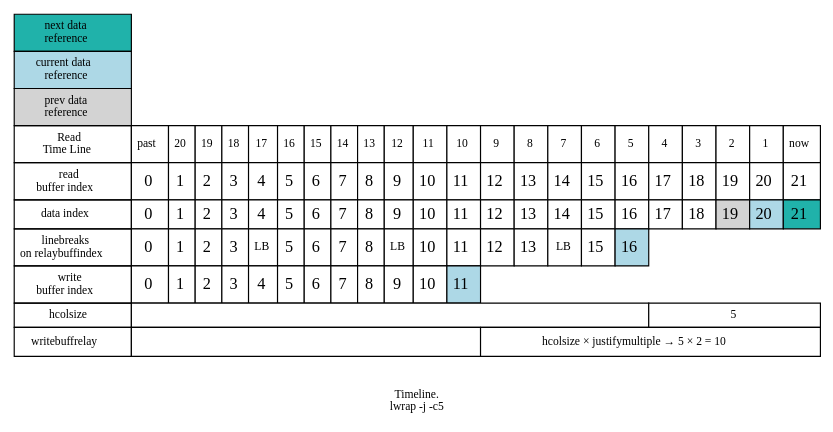
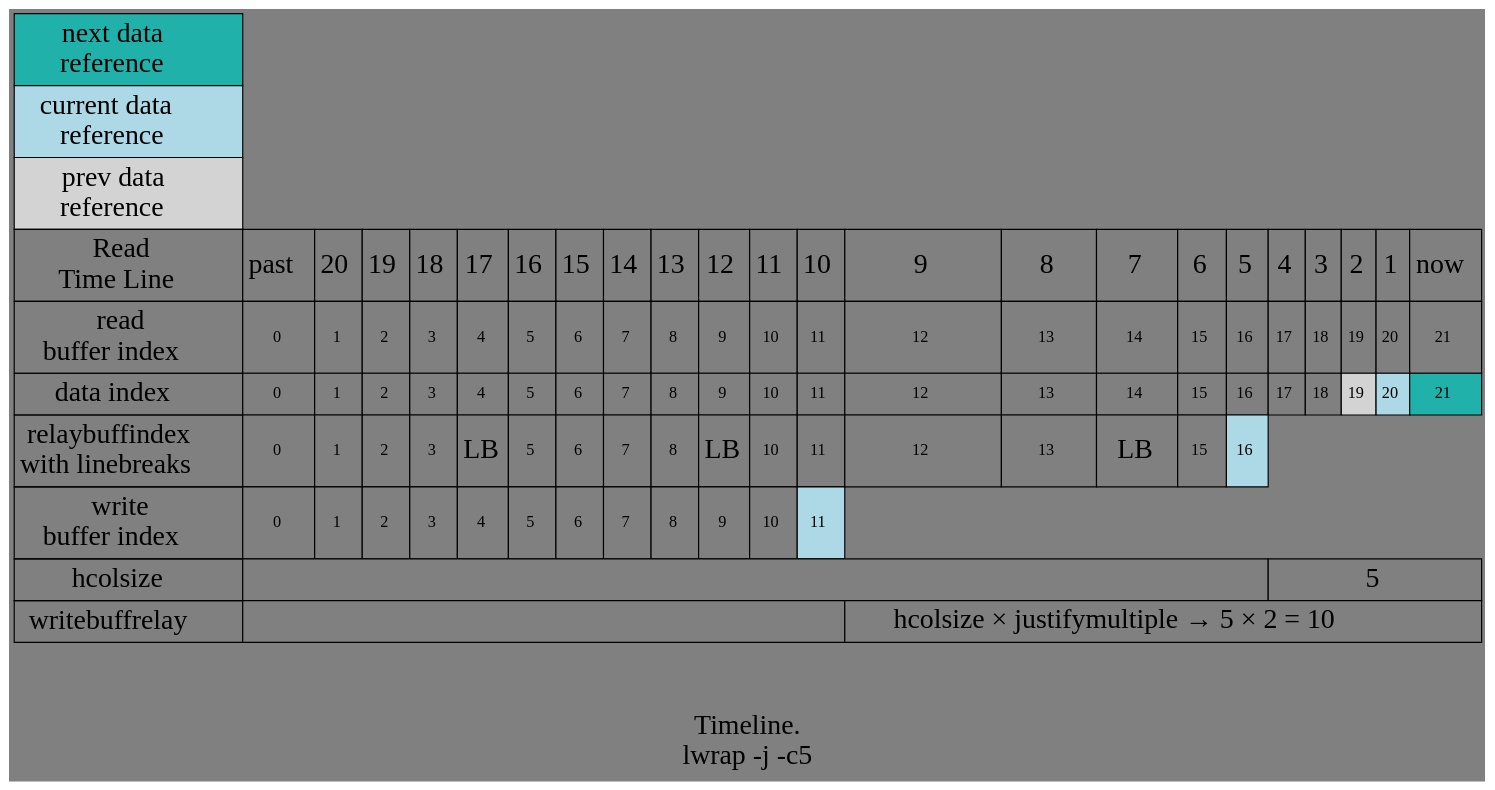
The diagram in src/timeline.gv (netcrop/lwrap), drawn with Graphviz before and after one commit. The commit also changed 9 other files, not shown here.

```diff
--- a/src/timeline.gv
+++ b/src/timeline.gv
@@ -1,142 +1,143 @@
 digraph ports {
 	ranksep=1; size="40,40";
+    bgcolor=gray
   { rank=same; n0}
 	splines=polyline;
 	n0 [shape=none,margin=0,label=<
 	<TABLE BORDER="0" CELLBORDER="1"
 	 CELLSPACING="0" CELLPADDING="4">
   <TR>
-    <TD PORT="0.1" BGCOLOR="lightseagreen" COLSPAN="1"><FONT POINT-SIZE="10">next data<br/>reference</FONT></TD>
+    <TD PORT="0.1" BGCOLOR="lightseagreen" COLSPAN="1"><FONT POINT-SIZE="24">next data<br/>reference</FONT></TD>
   </TR>
   <TR>
-    <TD PORT="0.1" BGCOLOR="lightblue" COLSPAN="1"><FONT POINT-SIZE="10">current data<br/>reference</FONT></TD>
+    <TD PORT="0.1" BGCOLOR="lightblue" COLSPAN="1"><FONT POINT-SIZE="24">current data<br/>reference</FONT></TD>
   </TR>
   <TR>
-    <TD PORT="0.1" BGCOLOR="lightgrey" COLSPAN="1"><FONT POINT-SIZE="10">prev data<br/>reference</FONT></TD>
+    <TD PORT="0.1" BGCOLOR="lightgrey" COLSPAN="1"><FONT POINT-SIZE="24">prev data<br/>reference</FONT></TD>
   </TR>
 	<TR>
-			<TD><FONT POINT-SIZE="10" COLOR="black">Read<br/>Time Line</FONT></TD>
-			<TD PORT="0.1" BGCOLOR="white"><FONT POINT-SIZE="10">past</FONT></TD>
-			<TD PORT="1.1" BGCOLOR="white"><FONT POINT-SIZE="10">20</FONT></TD>
-			<TD PORT="2.1" BGCOLOR="white"><FONT POINT-SIZE="10">19</FONT></TD>
-			<TD PORT="3.1" BGCOLOR="white"><FONT POINT-SIZE="10">18</FONT></TD>
-			<TD PORT="4.1" BGCOLOR="white"><FONT POINT-SIZE="10">17</FONT></TD>
-			<TD PORT="5.1" BGCOLOR="white"><FONT POINT-SIZE="10">16</FONT></TD>
-			<TD PORT="6.1" BGCOLOR="white"><FONT POINT-SIZE="10">15</FONT></TD>
-		  <TD PORT="7.1" BGCOLOR="white"><FONT POINT-SIZE="10">14</FONT></TD>
-			<TD PORT="8.1" BGCOLOR="white"><FONT POINT-SIZE="10">13</FONT></TD>
-			<TD PORT="9.1" BGCOLOR="white"><FONT POINT-SIZE="10">12</FONT></TD>
-     	<TD PORT="10.1" BGCOLOR="white"><FONT POINT-SIZE="10">11</FONT></TD>
-		  <TD PORT="11.1" BGCOLOR="white"><FONT POINT-SIZE="10">10</FONT></TD>
-			<TD PORT="12.1" BGCOLOR="white"><FONT POINT-SIZE="10">9</FONT></TD>
-			<TD PORT="13.1" BGCOLOR="white"><FONT POINT-SIZE="10">8</FONT></TD>
-    	<TD PORT="14.1" BGCOLOR="white"><FONT POINT-SIZE="10">7</FONT></TD>
-			<TD PORT="15.1" BGCOLOR="white"><FONT POINT-SIZE="10">6</FONT></TD>
-      <TD PORT="16.1" BGCOLOR="white"><FONT POINT-SIZE="10">5</FONT></TD>
-    	<TD PORT="17.1" BGCOLOR="white"><FONT POINT-SIZE="10">4</FONT></TD>
-			<TD PORT="18.1" BGCOLOR="white"><FONT POINT-SIZE="10">3</FONT></TD>
-      <TD PORT="19.1" BGCOLOR="white"><FONT POINT-SIZE="10">2</FONT></TD>
-    	<TD PORT="20.1" BGCOLOR="white"><FONT POINT-SIZE="10">1</FONT></TD>
-      <TD PORT="21.1" BGCOLOR="white"><FONT POINT-SIZE="10">now</FONT></TD>
+			<TD><FONT POINT-SIZE="24" COLOR="black">Read<br/>Time Line</FONT></TD>
+			<TD PORT="0.1" BGCOLOR="gray"><FONT POINT-SIZE="24">past</FONT></TD>
+			<TD PORT="1.1" BGCOLOR="gray"><FONT POINT-SIZE="24">20</FONT></TD>
+			<TD PORT="2.1" BGCOLOR="gray"><FONT POINT-SIZE="24">19</FONT></TD>
+			<TD PORT="3.1" BGCOLOR="gray"><FONT POINT-SIZE="24">18</FONT></TD>
+			<TD PORT="4.1" BGCOLOR="gray"><FONT POINT-SIZE="24">17</FONT></TD>
+			<TD PORT="5.1" BGCOLOR="gray"><FONT POINT-SIZE="24">16</FONT></TD>
+			<TD PORT="6.1" BGCOLOR="gray"><FONT POINT-SIZE="24">15</FONT></TD>
+		  <TD PORT="7.1" BGCOLOR="gray"><FONT POINT-SIZE="24">14</FONT></TD>
+			<TD PORT="8.1" BGCOLOR="gray"><FONT POINT-SIZE="24">13</FONT></TD>
+			<TD PORT="9.1" BGCOLOR="gray"><FONT POINT-SIZE="24">12</FONT></TD>
+     	<TD PORT="10.1" BGCOLOR="gray"><FONT POINT-SIZE="24">11</FONT></TD>
+		  <TD PORT="11.1" BGCOLOR="gray"><FONT POINT-SIZE="24">10</FONT></TD>
+			<TD PORT="12.1" BGCOLOR="gray"><FONT POINT-SIZE="24">9</FONT></TD>
+			<TD PORT="13.1" BGCOLOR="gray"><FONT POINT-SIZE="24">8</FONT></TD>
+    	<TD PORT="14.1" BGCOLOR="gray"><FONT POINT-SIZE="24">7</FONT></TD>
+			<TD PORT="15.1" BGCOLOR="gray"><FONT POINT-SIZE="24">6</FONT></TD>
+      <TD PORT="16.1" BGCOLOR="gray"><FONT POINT-SIZE="24">5</FONT></TD>
+    	<TD PORT="17.1" BGCOLOR="gray"><FONT POINT-SIZE="24">4</FONT></TD>
+			<TD PORT="18.1" BGCOLOR="gray"><FONT POINT-SIZE="24">3</FONT></TD>
+      <TD PORT="19.1" BGCOLOR="gray"><FONT POINT-SIZE="24">2</FONT></TD>
+    	<TD PORT="20.1" BGCOLOR="gray"><FONT POINT-SIZE="24">1</FONT></TD>
+      <TD PORT="21.1" BGCOLOR="gray"><FONT POINT-SIZE="24">now</FONT></TD>
 		</TR>
     <TR>
-			<TD><FONT POINT-SIZE="10" COLOR="black">read<br/>buffer index</FONT></TD>
-			<TD PORT="0.1" BGCOLOR="white">0</TD>
-			<TD PORT="1.1" BGCOLOR="white">1</TD>
-			<TD PORT="2.1" BGCOLOR="white">2</TD>
-			<TD PORT="3.1" BGCOLOR="white">3</TD>
-			<TD PORT="4.1" BGCOLOR="white">4</TD>
-			<TD PORT="5.1" BGCOLOR="white">5</TD>
-			<TD PORT="6.1" BGCOLOR="white">6</TD>
-		  <TD PORT="7.1" BGCOLOR="white">7</TD>
-			<TD PORT="8.1" BGCOLOR="white">8</TD>
-			<TD PORT="9.1" BGCOLOR="white">9</TD>
-     	<TD PORT="10.1" BGCOLOR="white">10</TD>
-		  <TD PORT="11.1" BGCOLOR="white">11</TD>
-			<TD PORT="12.1" BGCOLOR="white">12</TD>
-			<TD PORT="13.1" BGCOLOR="white">13</TD>
-    	<TD PORT="14.1" BGCOLOR="white">14</TD>
-			<TD PORT="15.1" BGCOLOR="white">15</TD>
-      <TD PORT="16.1" BGCOLOR="white">16</TD>
-    	<TD PORT="17.1" BGCOLOR="white">17</TD>
-			<TD PORT="18.1" BGCOLOR="white">18</TD>
-      <TD PORT="19.1" BGCOLOR="white">19</TD>
-    	<TD PORT="20.1" BGCOLOR="white">20</TD>
-      <TD PORT="21.1" BGCOLOR="white">21</TD>
+			<TD><FONT POINT-SIZE="24" COLOR="black">read<br/>buffer index</FONT></TD>
+			<TD PORT="0.1" BGCOLOR="gray">0</TD>
+			<TD PORT="1.1" BGCOLOR="gray">1</TD>
+			<TD PORT="2.1" BGCOLOR="gray">2</TD>
+			<TD PORT="3.1" BGCOLOR="gray">3</TD>
+			<TD PORT="4.1" BGCOLOR="gray">4</TD>
+			<TD PORT="5.1" BGCOLOR="gray">5</TD>
+			<TD PORT="6.1" BGCOLOR="gray">6</TD>
+		  <TD PORT="7.1" BGCOLOR="gray">7</TD>
+			<TD PORT="8.1" BGCOLOR="gray">8</TD>
+			<TD PORT="9.1" BGCOLOR="gray">9</TD>
+     	<TD PORT="10.1" BGCOLOR="gray">10</TD>
+		  <TD PORT="11.1" BGCOLOR="gray">11</TD>
+			<TD PORT="12.1" BGCOLOR="gray">12</TD>
+			<TD PORT="13.1" BGCOLOR="gray">13</TD>
+    	<TD PORT="14.1" BGCOLOR="gray">14</TD>
+			<TD PORT="15.1" BGCOLOR="gray">15</TD>
+      <TD PORT="16.1" BGCOLOR="gray">16</TD>
+    	<TD PORT="17.1" BGCOLOR="gray">17</TD>
+			<TD PORT="18.1" BGCOLOR="gray">18</TD>
+      <TD PORT="19.1" BGCOLOR="gray">19</TD>
+    	<TD PORT="20.1" BGCOLOR="gray">20</TD>
+      <TD PORT="21.1" BGCOLOR="gray">21</TD>
       </TR>
    <TR>
-			<TD><FONT POINT-SIZE="10" COLOR="black">data index</FONT></TD>
-			<TD PORT="0.1" BGCOLOR="white">0</TD>
-			<TD PORT="1.1" BGCOLOR="white">1</TD>
-			<TD PORT="2.1" BGCOLOR="white">2</TD>
-			<TD PORT="3.1" BGCOLOR="white">3</TD>
-			<TD PORT="4.1" BGCOLOR="white">4</TD>
-		  <TD PORT="5.1" BGCOLOR="white">5</TD>
-			<TD PORT="6.1" BGCOLOR="white">6</TD>
-			<TD PORT="7.1" BGCOLOR="white">7</TD>
-     	<TD PORT="8.1" BGCOLOR="white">8</TD>
-		  <TD PORT="9.1" BGCOLOR="white">9</TD>
-			<TD PORT="10.1" BGCOLOR="white">10</TD>
-			<TD PORT="11.1" BGCOLOR="white">11</TD>
-    	<TD PORT="12.1" BGCOLOR="white">12</TD>
-			<TD PORT="13.1" BGCOLOR="white">13</TD>
-      <TD PORT="14.1" BGCOLOR="white">14</TD>
-    	<TD PORT="15.1" BGCOLOR="white">15</TD>
-			<TD PORT="16.1" BGCOLOR="white">16</TD>
-      <TD PORT="17.1" BGCOLOR="white">17</TD>
-    	<TD PORT="18.1" BGCOLOR="white">18</TD>
+			<TD><FONT POINT-SIZE="24" COLOR="black">data index</FONT></TD>
+			<TD PORT="0.1" BGCOLOR="gray">0</TD>
+			<TD PORT="1.1" BGCOLOR="gray">1</TD>
+			<TD PORT="2.1" BGCOLOR="gray">2</TD>
+			<TD PORT="3.1" BGCOLOR="gray">3</TD>
+			<TD PORT="4.1" BGCOLOR="gray">4</TD>
+		  <TD PORT="5.1" BGCOLOR="gray">5</TD>
+			<TD PORT="6.1" BGCOLOR="gray">6</TD>
+			<TD PORT="7.1" BGCOLOR="gray">7</TD>
+     	<TD PORT="8.1" BGCOLOR="gray">8</TD>
+		  <TD PORT="9.1" BGCOLOR="gray">9</TD>
+			<TD PORT="10.1" BGCOLOR="gray">10</TD>
+			<TD PORT="11.1" BGCOLOR="gray">11</TD>
+    	<TD PORT="12.1" BGCOLOR="gray">12</TD>
+			<TD PORT="13.1" BGCOLOR="gray">13</TD>
+      <TD PORT="14.1" BGCOLOR="gray">14</TD>
+    	<TD PORT="15.1" BGCOLOR="gray">15</TD>
+			<TD PORT="16.1" BGCOLOR="gray">16</TD>
+      <TD PORT="17.1" BGCOLOR="gray">17</TD>
+    	<TD PORT="18.1" BGCOLOR="gray">18</TD>
       <TD PORT="19.1" BGCOLOR="lightgrey">19</TD>
       <TD PORT="20.1" BGCOLOR="lightblue">20</TD>
       <TD PORT="21.1" BGCOLOR="lightseagreen">21</TD>
 		</TR>
      <TR>
-			<TD><FONT POINT-SIZE="10" COLOR="black">linebreaks<br/>on relaybuffindex</FONT></TD>
-			<TD PORT="0.1" BGCOLOR="white">0</TD>
-			<TD PORT="1.1" BGCOLOR="white">1</TD>
-			<TD PORT="2.1" BGCOLOR="white">2</TD>
-			<TD PORT="3.1" BGCOLOR="white">3</TD>
-			<TD PORT="4.1" BGCOLOR="white"><font point-size="10">LB</font></TD>
-			<TD PORT="5.1" BGCOLOR="white">5</TD>
-			<TD port="6.1" bgcolor="white">6</TD>
-		  <TD port="7.1" bgcolor="white">7</TD>
-			<TD port="8.1" bgcolor="white">8</TD>
-			<TD port="9.1" bgcolor="white"><font point-size="10">LB</font></TD>
-     	<TD port="10.1" bgcolor="white">10</TD>
-		  <TD port="11.1" bgcolor="white">11</TD>
-			<TD port="12.1" bgcolor="white">12</TD>
-			<TD port="13.1" bgcolor="white">13</TD>
-    	<TD port="14.1" bgcolor="white"><font point-size="10">LB</font></TD>
-      <TD PORT="15.1" BGCOLOR="white">15</TD>
+			<TD><FONT POINT-SIZE="24" COLOR="black">relaybuffindex<br/>with linebreaks</FONT></TD>
+			<TD PORT="0.1" BGCOLOR="gray">0</TD>
+			<TD PORT="1.1" BGCOLOR="gray">1</TD>
+			<TD PORT="2.1" BGCOLOR="gray">2</TD>
+			<TD PORT="3.1" BGCOLOR="gray">3</TD>
+			<TD PORT="4.1" BGCOLOR="gray"><font point-size="24">LB</font></TD>
+			<TD PORT="5.1" BGCOLOR="gray">5</TD>
+			<TD port="6.1" bgcolor="gray">6</TD>
+		  <TD port="7.1" bgcolor="gray">7</TD>
+			<TD port="8.1" bgcolor="gray">8</TD>
+			<TD port="9.1" bgcolor="gray"><font point-size="24">LB</font></TD>
+     	<TD port="10.1" bgcolor="gray">10</TD>
+		  <TD port="11.1" bgcolor="gray">11</TD>
+			<TD port="12.1" bgcolor="gray">12</TD>
+			<TD port="13.1" bgcolor="gray">13</TD>
+    	<TD port="14.1" bgcolor="gray"><font point-size="24">LB</font></TD>
+      <TD PORT="15.1" BGCOLOR="gray">15</TD>
 			<TD PORT="16.1" BGCOLOR="lightblue">16</TD>
 		</TR>
      <TR>
-			<TD><font point-size="10" color="black">write<br/>buffer index</font></TD>
-    	<TD port="0.1" bgcolor="white">0</TD>
-			<TD port="1.1" bgcolor="white">1</TD>
-			<TD port="2.1" bgcolor="white">2</TD>
-			<TD port="3.1" bgcolor="white">3</TD>
-      <TD PORT="4.1" BGCOLOR="white">4</TD>
-			<TD PORT="5.1" BGCOLOR="white">5</TD>
-			<TD port="6.1" bgcolor="white">6</TD>
-		  <TD port="7.1" bgcolor="white">7</TD>
-			<TD port="8.1" bgcolor="white">8</TD>
-    	<TD port="9.1" bgcolor="white">9</TD>
-    	<TD PORT="10.1" BGCOLOR="white">10</TD>
+			<TD><font point-size="24" color="black">write<br/>buffer index</font></TD>
+    	<TD port="0.1" bgcolor="gray">0</TD>
+			<TD port="1.1" bgcolor="gray">1</TD>
+			<TD port="2.1" bgcolor="gray">2</TD>
+			<TD port="3.1" bgcolor="gray">3</TD>
+      <TD PORT="4.1" BGCOLOR="gray">4</TD>
+			<TD PORT="5.1" BGCOLOR="gray">5</TD>
+			<TD port="6.1" bgcolor="gray">6</TD>
+		  <TD port="7.1" bgcolor="gray">7</TD>
+			<TD port="8.1" bgcolor="gray">8</TD>
+    	<TD port="9.1" bgcolor="gray">9</TD>
+    	<TD PORT="10.1" BGCOLOR="gray">10</TD>
 			<TD PORT="11.1" BGCOLOR="lightblue">11</TD>
       </TR>
     <TR>
-			<TD><font point-size="10" color="black">hcolsize</font></TD>
-    	<TD port="0.1" bgcolor="white" colspan="17"></TD>
-    	<TD port="1.1" bgcolor="white" colspan="5"><font point-size="10">5</font></TD>
+			<TD><font point-size="24" color="black">hcolsize</font></TD>
+    	<TD port="0.1" bgcolor="gray" colspan="17"></TD>
+    	<TD port="1.1" bgcolor="gray" colspan="5"><font point-size="24">5</font></TD>
 		</TR>
    <TR>
-			<TD><font point-size="10" color="black">writebuffrelay</font></TD>
-    	<TD port="0.1" bgcolor="white" colspan="12"></TD>
-      <TD port="1.1" bgcolor="white" colspan="10">
-        <font point-size="10">hcolsize &times; justifymultiple &rarr; 5 &times; 2 = 10</font>
+			<TD><font point-size="24" color="black">writebuffrelay</font></TD>
+    	<TD port="0.1" bgcolor="gray" colspan="12"></TD>
+      <TD port="1.1" bgcolor="gray" colspan="10">
+        <font point-size="24">hcolsize &times; justifymultiple &rarr; 5 &times; 2 = 10</font>
       </TD>
 		</TR>
    </TABLE>>];
 	label = "\n\nTimeline.\nlwrap -j -c5";
-	fontsize=10;
+	fontsize=24;
 }
```
